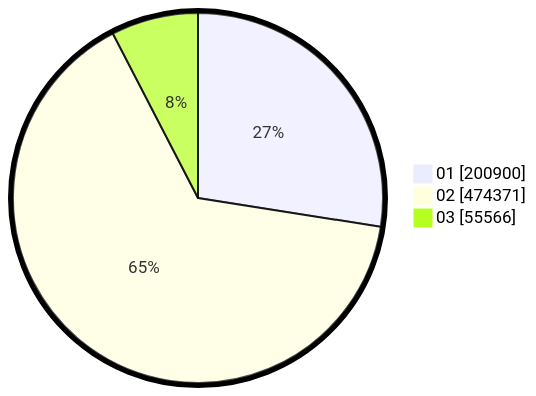
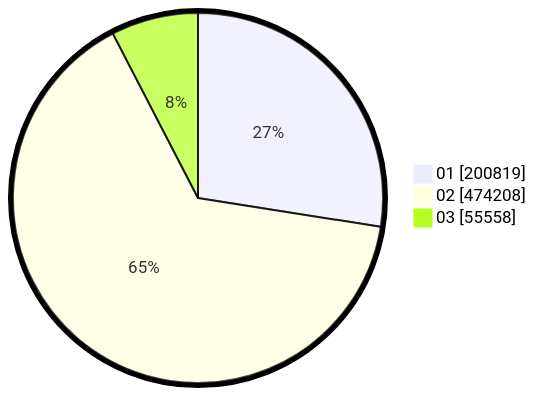
Before and after one commit to gigit-pemilu/pemilu-2024: the second of 2 diagrams in pilpres/hitung-suara/sub/table-wilayah-76.md, drawn with Mermaid. The commit also changed other lines of this file and 4 other files, not shown here.

````diff
--- a/pilpres/hitung-suara/sub/table-wilayah-76.md
+++ b/pilpres/hitung-suara/sub/table-wilayah-76.md
@@ -15,7 +15,7 @@
 ```mermaid
 %%{init: {"pie": {"textPosition": 0.5}, "themeVariables": {"pieOuterStrokeWidth": "5px"}} }%%
 pie showData
-    "01" : 200900
-    "02" : 474371
-    "03" : 55566
+    "01" : 200819
+    "02" : 474208
+    "03" : 55558
 ```
````
